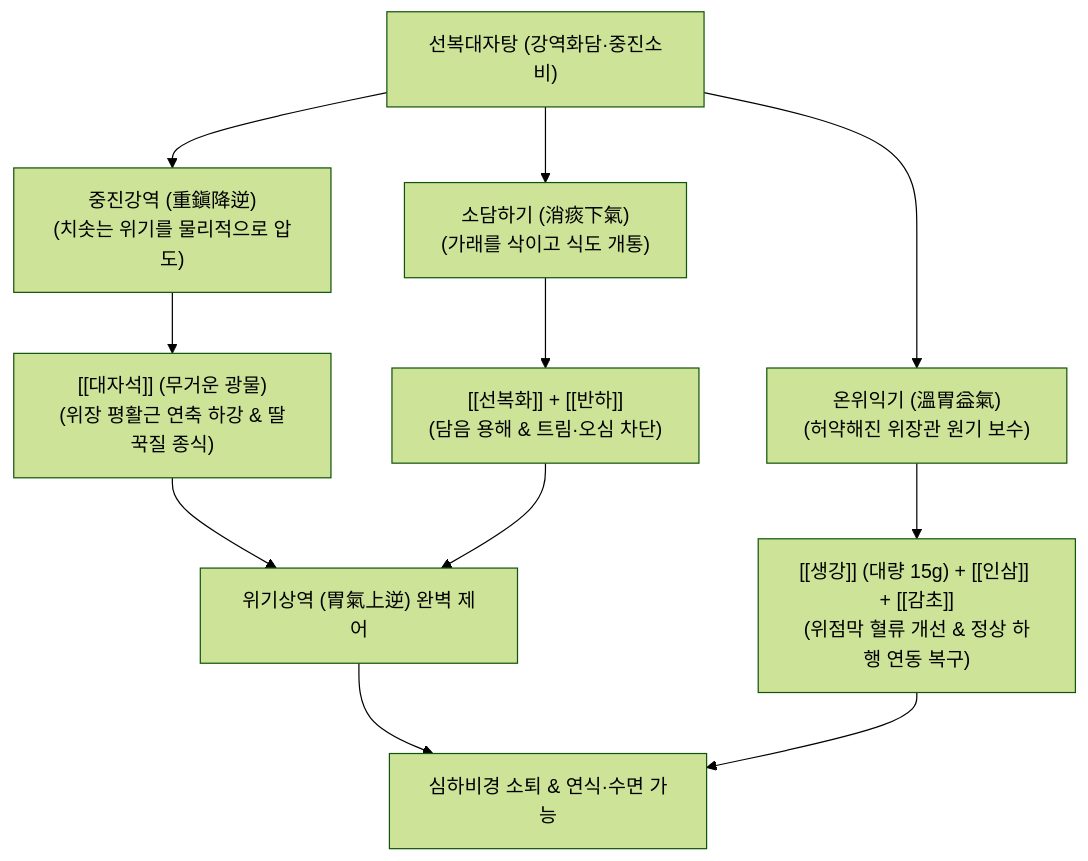
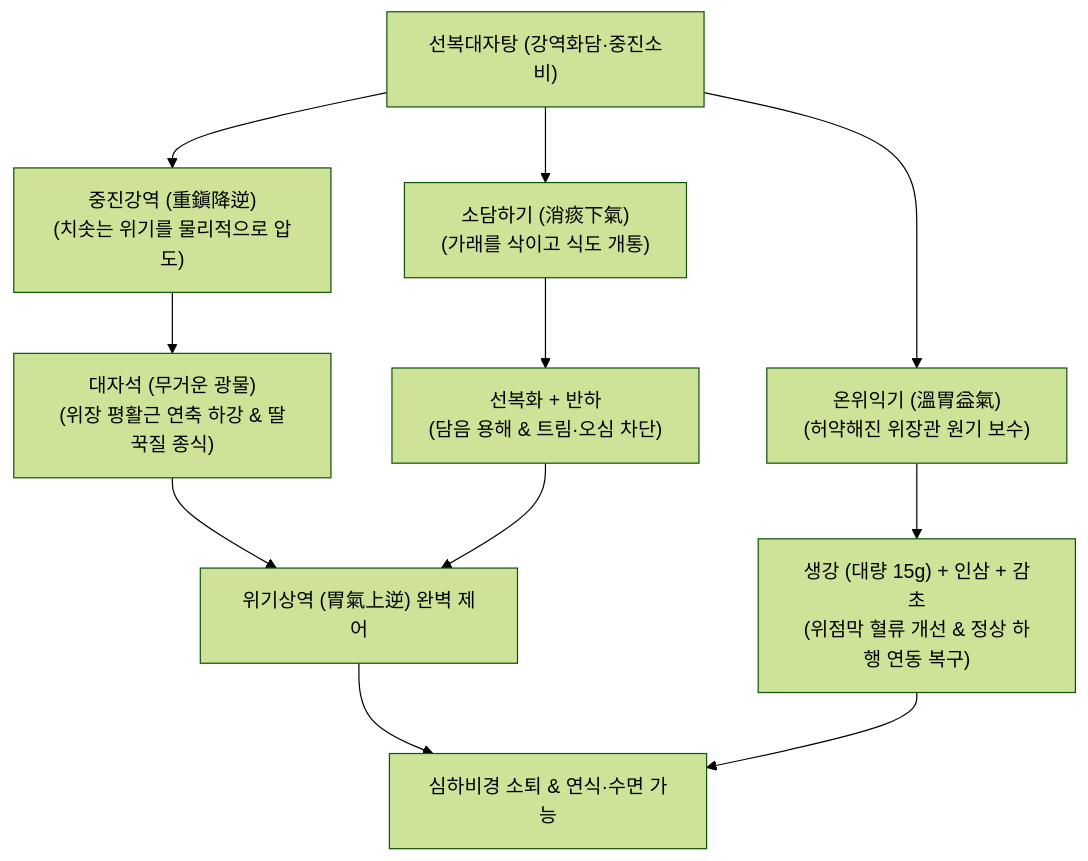
Before and after one commit to simbio11/simbio-digital-garden2: the diagram in content/2. 약리 공부/처방/04_이기·화해제/선복대자탕.md, drawn with Mermaid (forest theme). The commit also changed other lines of this file and 122 other files, not shown here.

````diff
--- a/content/2. 약리 공부/처방/04_이기·화해제/선복대자탕.md
+++ b/content/2. 약리 공부/처방/04_이기·화해제/선복대자탕.md
@@ -60,13 +61,13 @@
 ```mermaid
 graph TD
     A["선복대자탕 (강역화담·중진소비)"] --> B["중진강역 (重鎭降逆)<br/>(치솟는 위기를 물리적으로 압도)"]
     A --> C["소담하기 (消痰下氣)<br/>(가래를 삭이고 식도 개통)"]
     A --> D["온위익기 (溫胃益氣)<br/>(허약해진 위장관 원기 보수)"]
 
-    B --> B1["[[대자석]] (무거운 광물)<br/>(위장 평활근 연축 하강 & 딸꾹질 종식)"]
-    C --> C1["[[선복화]] + [[반하]]<br/>(담음 용해 & 트림·오심 차단)"]
-    D --> D1["[[생강]] (대량 15g) + [[인삼]] + [[감초]]<br/>(위점막 혈류 개선 & 정상 하행 연동 복구)"]
+    B --> B1["대자석 (무거운 광물)<br/>(위장 평활근 연축 하강 & 딸꾹질 종식)"]
+    C --> C1["선복화 + 반하<br/>(담음 용해 & 트림·오심 차단)"]
+    D --> D1["생강 (대량 15g) + 인삼 + 감초<br/>(위점막 혈류 개선 & 정상 하행 연동 복구)"]
 
     B1 & C1 --> BC["위기상역 (胃氣上逆) 완벽 제어"]
     BC & D1 --> AD["심하비경 소퇴 & 연식·수면 가능"]
 ```
````
